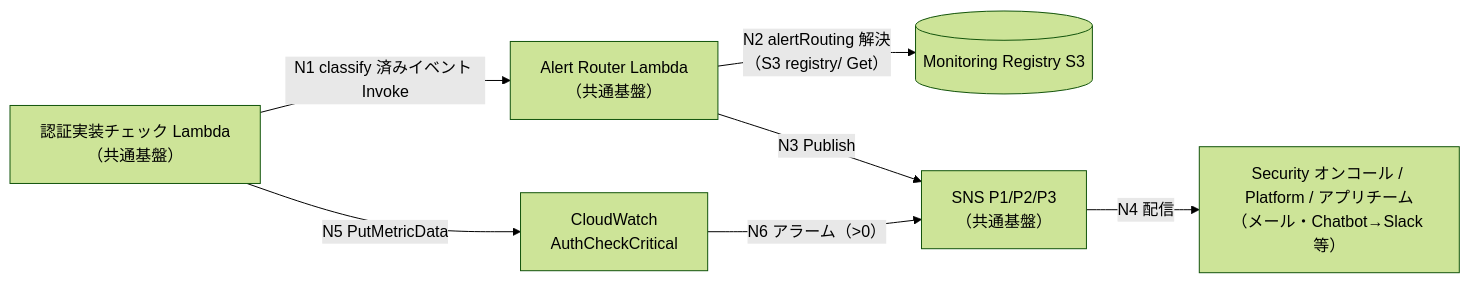
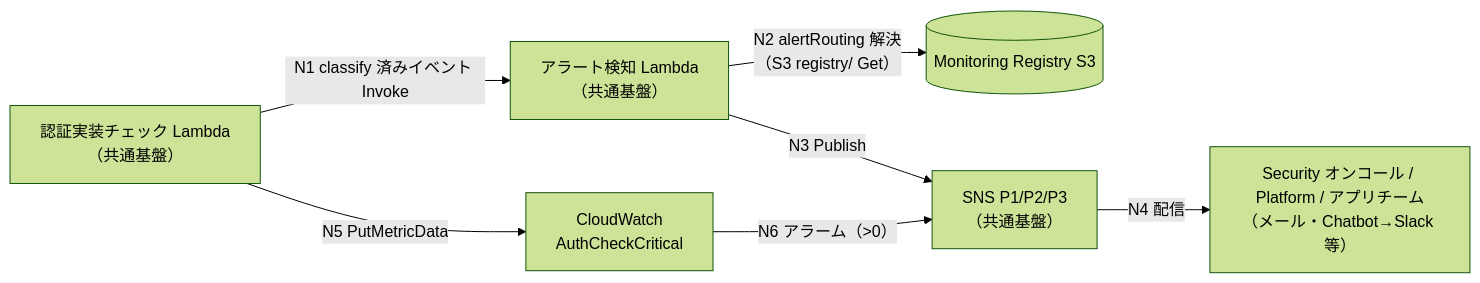
One commit to suepie/aws-atuh-poc changed the sixth of 7 diagrams in doc/api-platform/basic-design/10-external-monitoring-overview.md. Above: the diagram before and after it, drawn with Mermaid (forest theme). The commit also changed other lines of this file and 23 other files, not shown here.

````diff
--- a/doc/api-platform/basic-design/10-external-monitoring-overview.md
+++ b/doc/api-platform/basic-design/10-external-monitoring-overview.md
@@ -375,9 +375,9 @@
 ```mermaid
 flowchart LR
-    PROBE["認証実装チェック Lambda<br/>（共通基盤）"] -->|"N1 classify 済みイベント Invoke"| ALR["Alert Router Lambda<br/>（共通基盤）"]
+    PROBE["認証実装チェック Lambda<br/>（共通基盤）"] -->|"N1 classify 済みイベント Invoke"| ALR["アラート検知 Lambda<br/>（共通基盤）"]
     ALR -->|"N2 alertRouting 解決<br/>（S3 registry/ Get）"| S3[("Monitoring Registry S3")]
     ALR -->|"N3 Publish"| SNS["SNS P1/P2/P3<br/>（共通基盤）"]
     SNS -->|"N4 配信"| DST["Security オンコール / Platform / アプリチーム<br/>（メール・Chatbot→Slack 等）"]
     PROBE -->|"N5 PutMetricData"| CW["CloudWatch<br/>AuthCheckCritical"]
     CW -->|"N6 アラーム（>0）"| SNS
 ```
````
